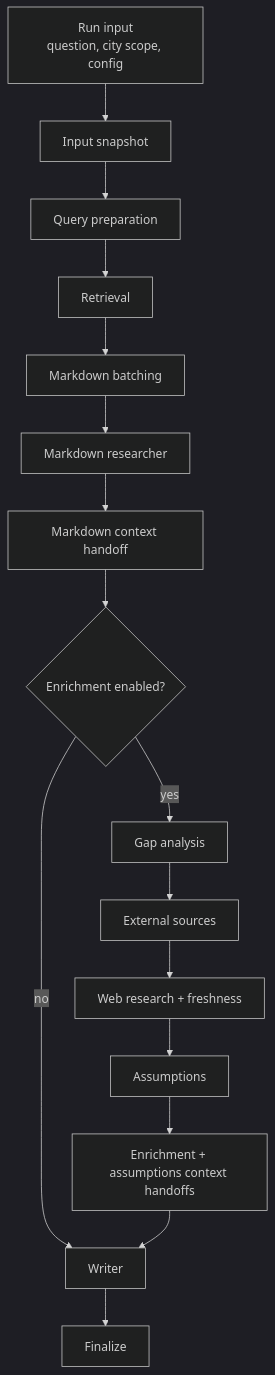
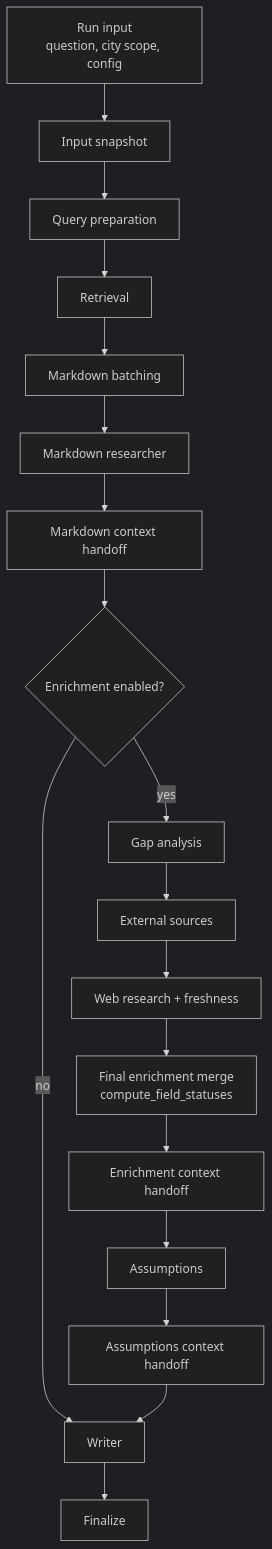
Before and after one commit to Open-Earth-Foundation/Query_mechanism_urbind: the first of 2 diagrams in docs/pipeline/00_overview.md, drawn with Mermaid (dark theme). The commit also changed other lines of this file and 7 other files, not shown here.

````diff
--- a/docs/pipeline/00_overview.md
+++ b/docs/pipeline/00_overview.md
@@ -27,18 +27,20 @@
 ```mermaid
 flowchart TD
     A[Run input<br/>question, city scope, config] --> B[Input snapshot]
     B --> C[Query preparation]
     C --> D[Retrieval]
     D --> E[Markdown batching]
     E --> F[Markdown researcher]
     F --> G[Markdown context handoff]
     G --> H{Enrichment enabled?}
     H -- no --> M[Writer]
     H -- yes --> I[Gap analysis]
     I --> J[External sources]
     J --> K[Web research + freshness]
-    K --> L[Assumptions]
-    L --> N[Enrichment + assumptions context handoffs]
-    N --> M
+    K --> L[Final enrichment merge<br/>compute_field_statuses]
+    L --> N[Enrichment context handoff]
+    N --> P[Assumptions]
+    P --> Q[Assumptions context handoff]
+    Q --> M
     M --> O[Finalize]
 ```
````
